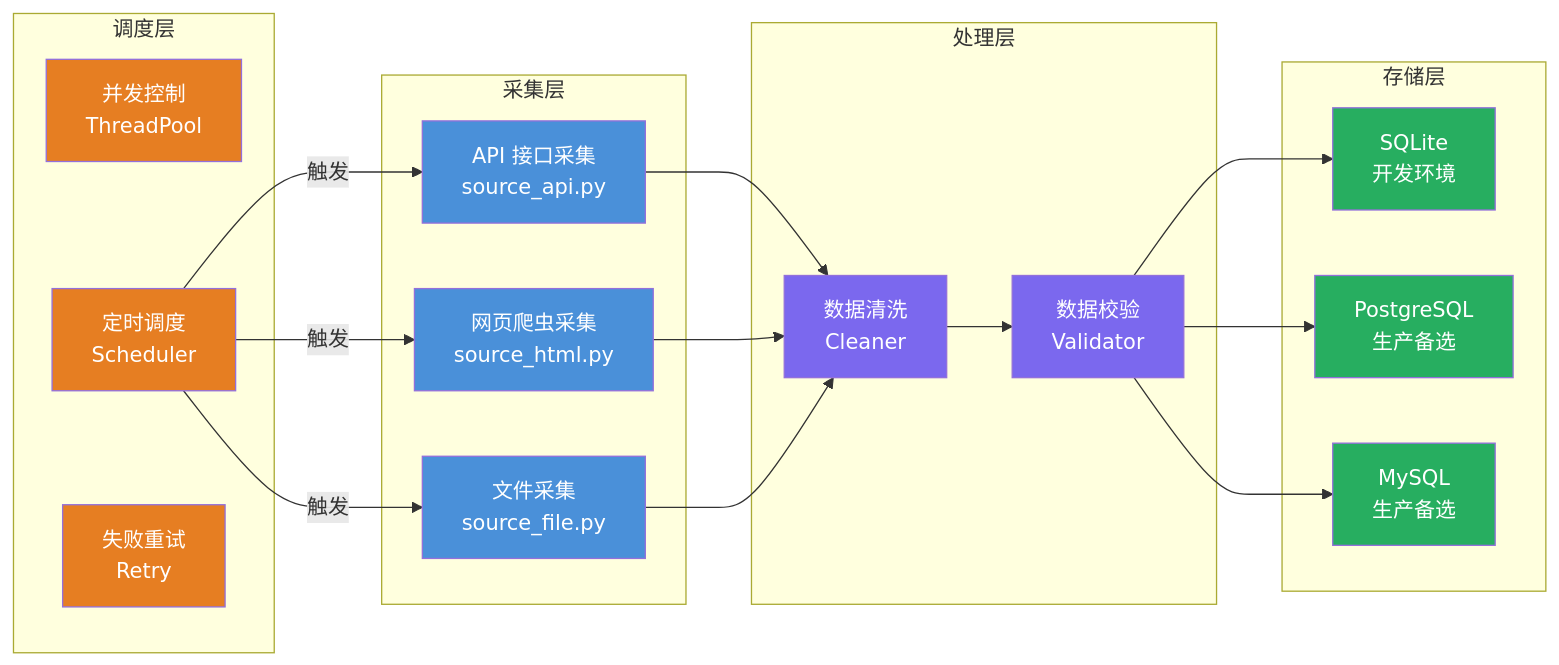
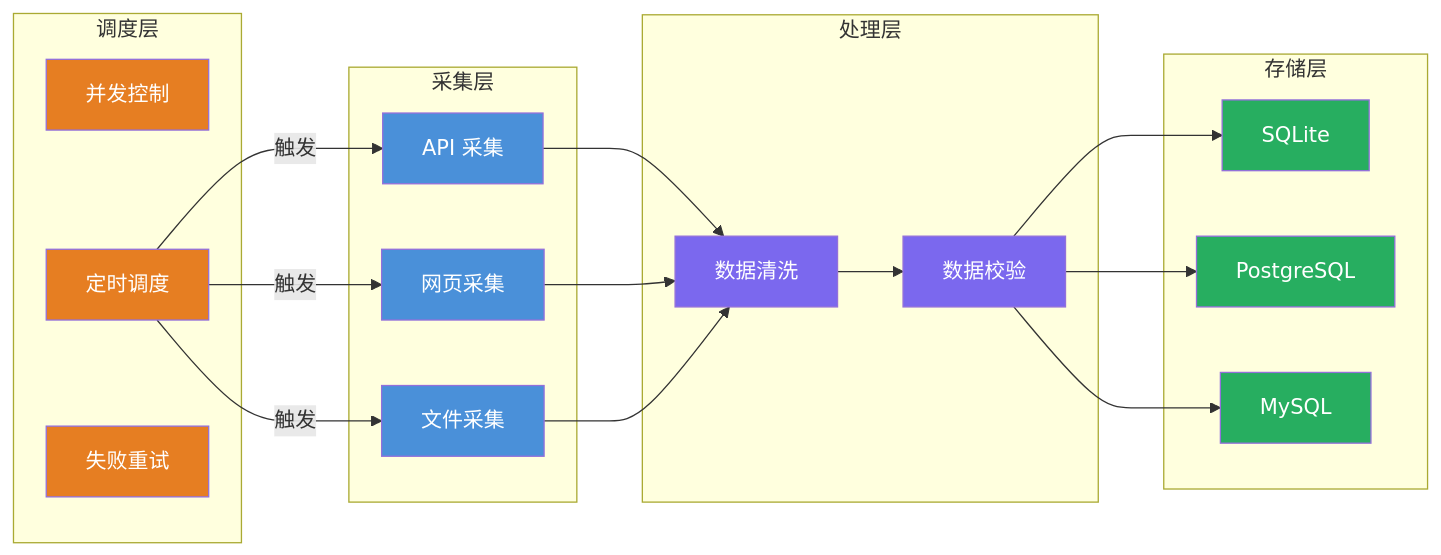
The diagram in README.md (hollson/spider_awesome), drawn with Mermaid before and after one commit. The commit also changed other lines of this file and 1 other file, not shown here.

Commit message:
docs: simplify mermaid chart labels in readme files
remove redundant subtitle lines from flowchart nodes in both zh-cn and en readme files, clean up unnecessary empty line in chinese readme

````diff
--- a/README.md
+++ b/README.md
@@ -30,42 +30,42 @@
 ```mermaid
 graph LR
     subgraph 采集层
-        A1["API 接口采集<br/>source_api.py"]
-        A2["网页爬虫采集<br/>source_html.py"]
-        A3["文件采集<br/>source_file.py"]
+        A1["API 采集"]
+        A2["网页采集"]
+        A3["文件采集"]
     end
 
     subgraph 处理层
-        B1["数据清洗<br/>Cleaner"]
-        B2["数据校验<br/>Validator"]
+        B1["数据清洗"]
+        B2["数据校验"]
     end
 
     subgraph 存储层
-        C1["SQLite<br/>开发环境"]
-        C2["PostgreSQL<br/>生产备选"]
-        C3["MySQL<br/>生产备选"]
+        C1["SQLite"]
+        C2["PostgreSQL"]
+        C3["MySQL"]
     end
 
     subgraph 调度层
-        D1["并发控制<br/>ThreadPool"]
-        D2["定时调度<br/>Scheduler"]
-        D3["失败重试<br/>Retry"]
+        D1["并发控制"]
+        D2["定时调度"]
+        D3["失败重试"]
     end
 
     A1 & A2 & A3 --> B1
     B1 --> B2
     B2 --> C1 & C2 & C3
     D2 -->|触发| A1 & A2 & A3
 
     style A1 fill:#4A90D9,color:#fff
     style A2 fill:#4A90D9,color:#fff
     style A3 fill:#4A90D9,color:#fff
     style B1 fill:#7B68EE,color:#fff
     style B2 fill:#7B68EE,color:#fff
     style C1 fill:#27AE60,color:#fff
     style C2 fill:#27AE60,color:#fff
     style C3 fill:#27AE60,color:#fff
     style D1 fill:#E67E22,color:#fff
     style D2 fill:#E67E22,color:#fff
     style D3 fill:#E67E22,color:#fff
 ```
````
